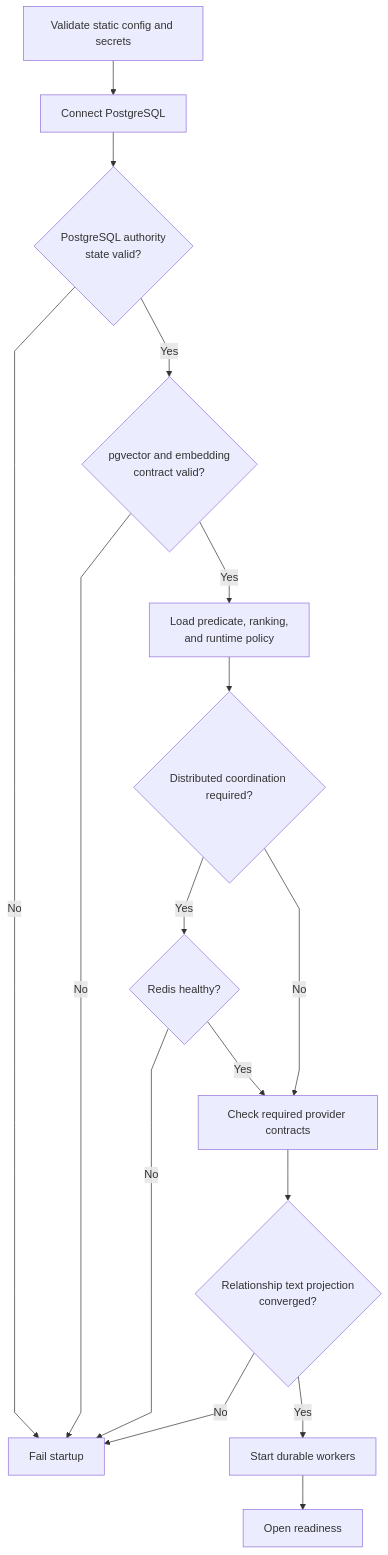
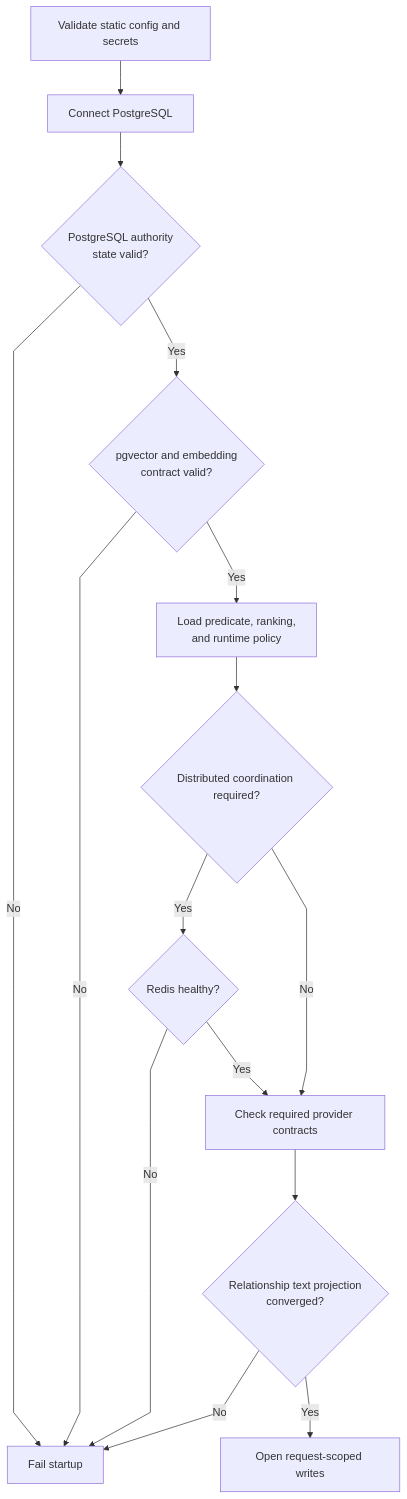
One commit to markhuangai/dense-mem changed the second of 10 diagrams in Operations-Runbook.md. Above: the diagram before and after it, drawn with Mermaid. The commit also changed other lines of this file and 24 other files, not shown here.

````diff
--- a/Operations-Runbook.md
+++ b/Operations-Runbook.md
@@ -56,19 +65,18 @@
 ```mermaid
 %%{init: {"flowchart": {"curve": "linear"}}}%%
 flowchart TD
   Config["Validate static config and secrets"] --> PG["Connect PostgreSQL"]
   PG --> Authority{"PostgreSQL authority<br/>state valid?"}
   Authority -- No --> Stop["Fail startup"]
   Authority -- Yes --> Vector{"pgvector and embedding<br/>contract valid?"}
   Vector -- No --> Stop
   Vector -- Yes --> Policy["Load predicate, ranking,<br/>and runtime policy"]
   Policy --> Redis{"Distributed coordination required?"}
   Redis -- Yes --> RedisOK{"Redis healthy?"}
   RedisOK -- No --> Stop
   RedisOK -- Yes --> Providers["Check required provider contracts"]
   Redis -- No --> Providers
   Providers --> Projection{"Relationship text projection<br/>converged?"}
   Projection -- No --> Stop
-  Projection -- Yes --> Workers["Start durable workers"]
-  Workers --> Ready["Open readiness"]
+  Projection -- Yes --> Ready["Open request-scoped writes"]
 ```
````
